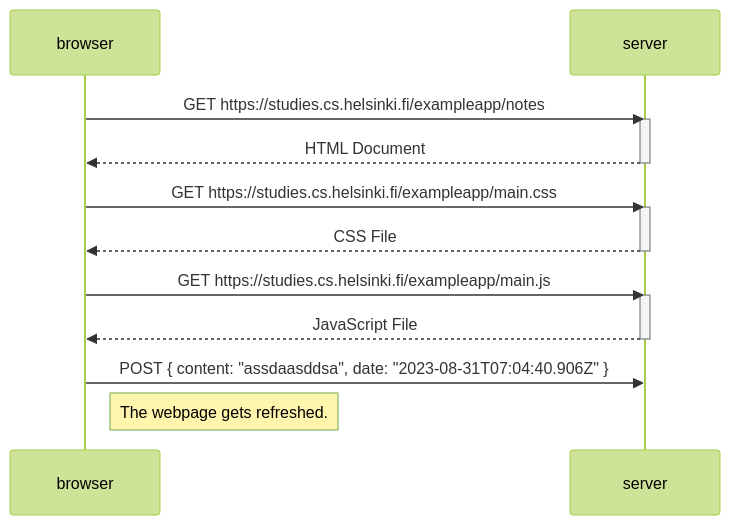
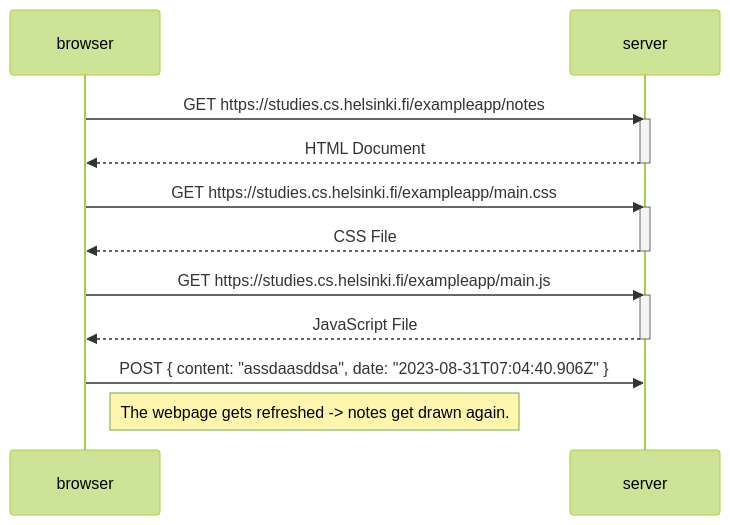
The diagram in part_0_4.md (valtteriper/FullstackOpen), drawn with Mermaid (forest theme) before and after one commit.

````diff
--- a/part_0_4.md
+++ b/part_0_4.md
@@ -1,25 +1,25 @@
 ```mermaid
 sequenceDiagram
     participant browser
     participant server
     
     browser->>server: GET https://studies.cs.helsinki.fi/exampleapp/notes
     activate server
     server-->>browser: HTML Document
     deactivate server
 
     browser->>server: GET https://studies.cs.helsinki.fi/exampleapp/main.css
     activate server
     server-->>browser: CSS File
     deactivate server
 
     browser->>server: GET https://studies.cs.helsinki.fi/exampleapp/main.js
     activate server
     server-->>browser: JavaScript File
     deactivate server
 
     browser->>server: POST { content: "assdaasddsa", date: "2023-08-31T07:04:40.906Z" }
 
-Note right of browser: The webpage gets refreshed.
+Note right of browser: The webpage gets refreshed -> notes get drawn again.
 
 ```
````
